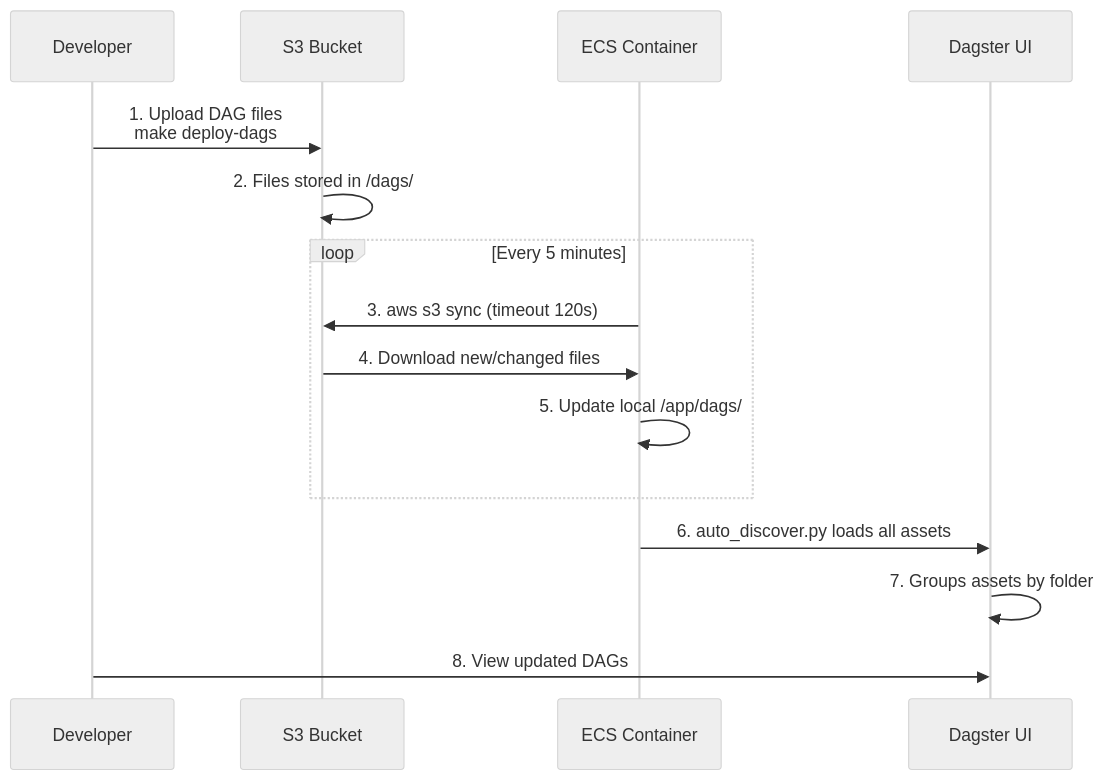
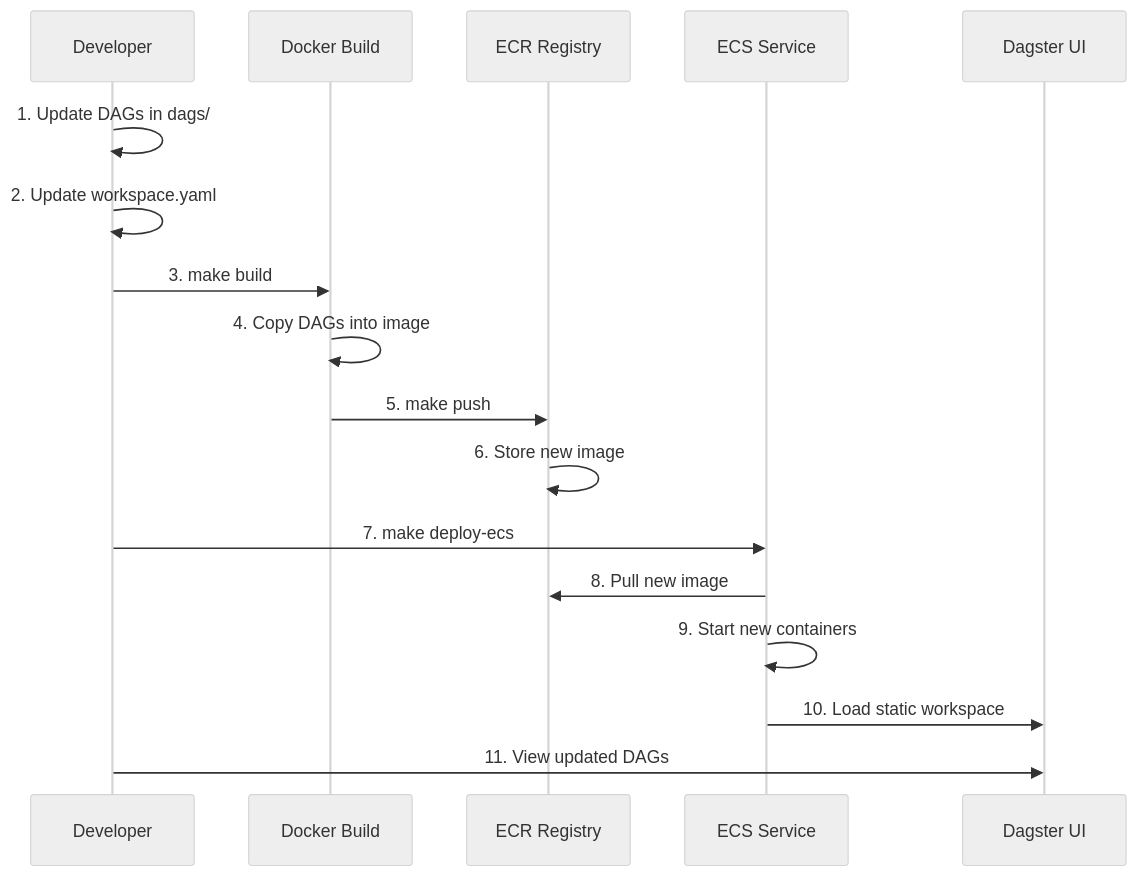
One commit to namtonthat/dagster-ecs changed the second of 5 diagrams in docs/architecture.md. Above: the diagram before and after it, drawn with Mermaid (neutral theme). The commit also changed other lines of this file and 24 other files, not shown here.

````diff
--- a/docs/architecture.md
+++ b/docs/architecture.md
@@ -94,21 +89,20 @@
 ```mermaid
 sequenceDiagram
     participant Dev as Developer
-    participant S3 as S3 Bucket
-    participant ECS as ECS Container
+    participant Docker as Docker Build
+    participant ECR as ECR Registry
+    participant ECS as ECS Service
     participant Dagster as Dagster UI
     
-    Dev->>S3: 1. Upload DAG files<br/>make deploy-dags
-    S3->>S3: 2. Files stored in /dags/
-    
-    loop Every 5 minutes
-        ECS->>S3: 3. aws s3 sync (timeout 120s)
-        S3->>ECS: 4. Download new/changed files
-        ECS->>ECS: 5. Update local /app/dags/
-    end
-    
-    ECS->>Dagster: 6. auto_discover.py loads all assets
-    Dagster->>Dagster: 7. Groups assets by folder
-    
-    Dev->>Dagster: 8. View updated DAGs
+    Dev->>Dev: 1. Update DAGs in dags/
+    Dev->>Dev: 2. Update workspace.yaml
+    Dev->>Docker: 3. make build
+    Docker->>Docker: 4. Copy DAGs into image
+    Docker->>ECR: 5. make push
+    ECR->>ECR: 6. Store new image
+    Dev->>ECS: 7. make deploy-ecs
+    ECS->>ECR: 8. Pull new image
+    ECS->>ECS: 9. Start new containers
+    ECS->>Dagster: 10. Load static workspace
+    Dev->>Dagster: 11. View updated DAGs
 ```
````
